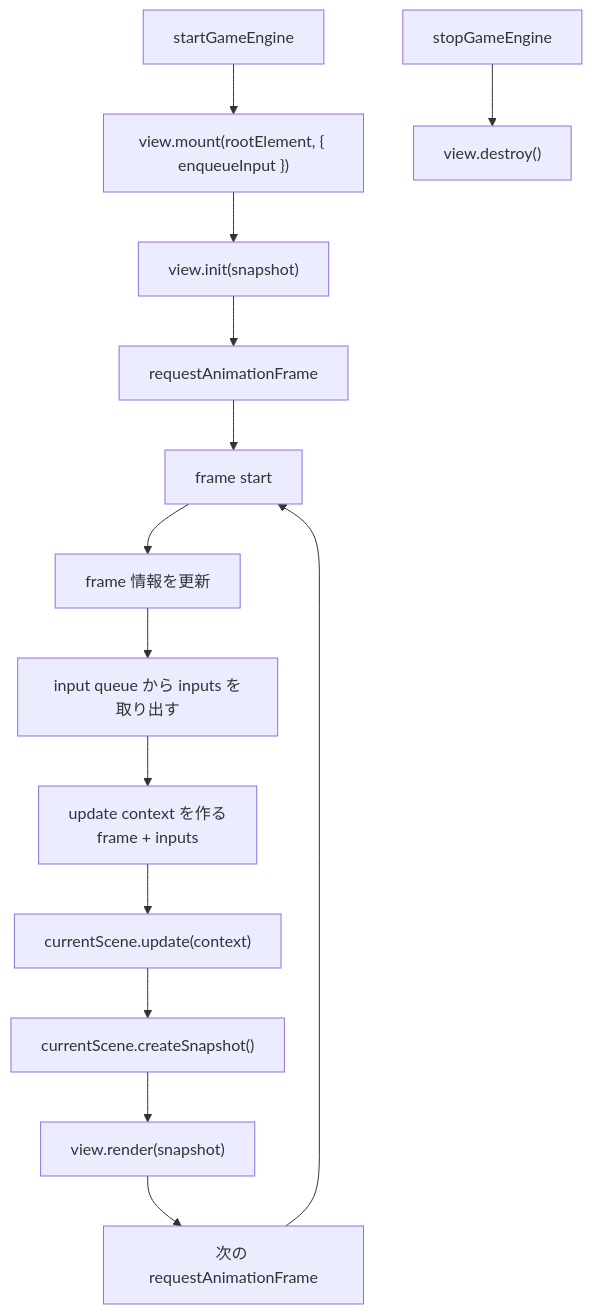
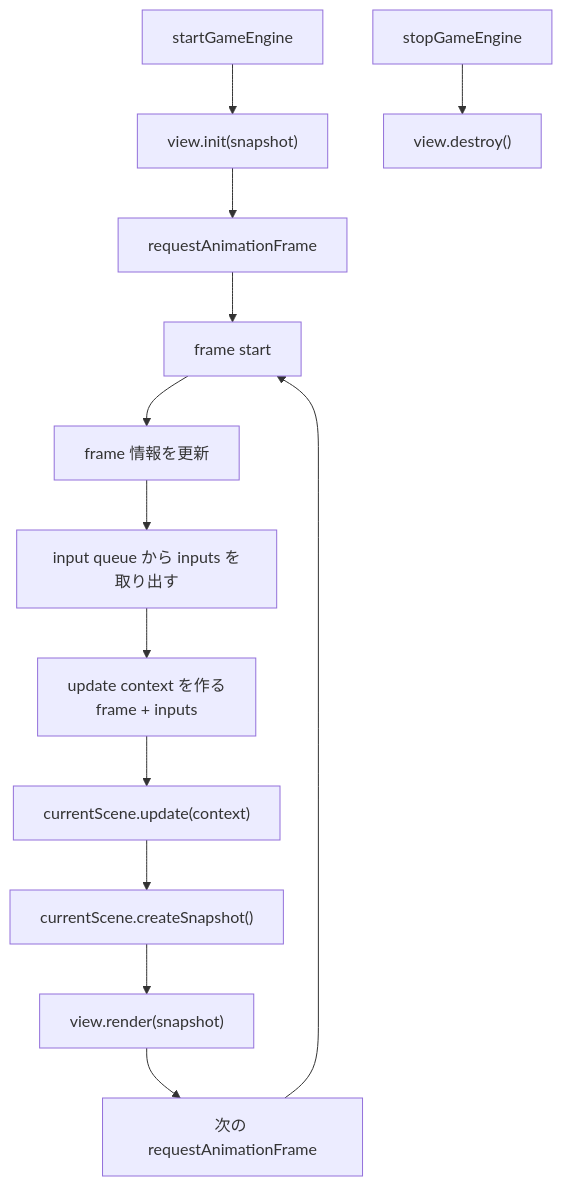
One commit to hachimitu22/negima-festival changed the first of 2 diagrams in docs/エンジン.md. Above: the diagram before and after it, drawn with Mermaid. The commit also changed other lines of this file and 6 other files, not shown here.

````diff
--- a/docs/エンジン.md
+++ b/docs/エンジン.md
@@ -60,24 +65,23 @@
 ```mermaid
 flowchart TD
   Start["startGameEngine"]
-  MountView["view.mount(rootElement, { enqueueInput })"]
   InitView["view.init(snapshot)"]
   RequestFrame["requestAnimationFrame"]
 
   FrameStart["frame start"]
   UpdateFrame["frame 情報を更新"]
   DrainInput["input queue から inputs を取り出す"]
   CreateContext["update context を作る<br/>frame + inputs"]
   UpdateScene["currentScene.update(context)"]
   CreateSnapshot["currentScene.createSnapshot()"]
   RenderView["view.render(snapshot)"]
   NextFrame["次の requestAnimationFrame"]
 
   Stop["stopGameEngine"]
   DestroyView["view.destroy()"]
 
-  Start --> MountView --> InitView --> RequestFrame --> FrameStart
+  Start --> InitView --> RequestFrame --> FrameStart
   FrameStart --> UpdateFrame --> DrainInput --> CreateContext --> UpdateScene --> CreateSnapshot --> RenderView --> NextFrame --> FrameStart
 
   Stop --> DestroyView
 ```
````
